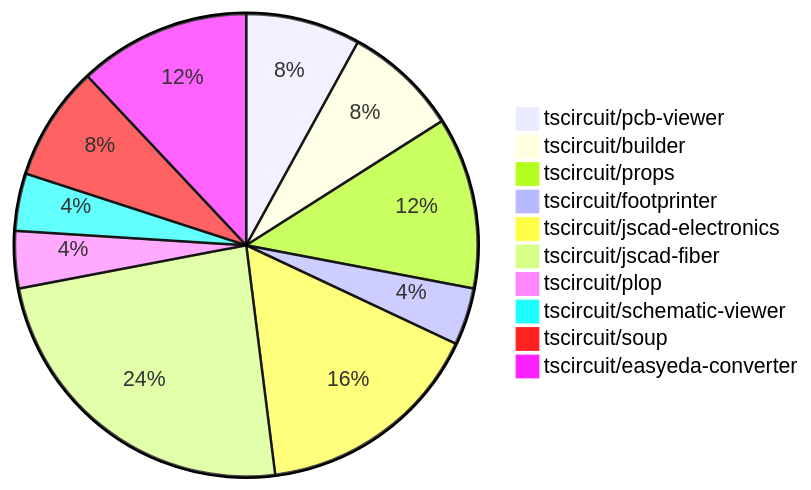
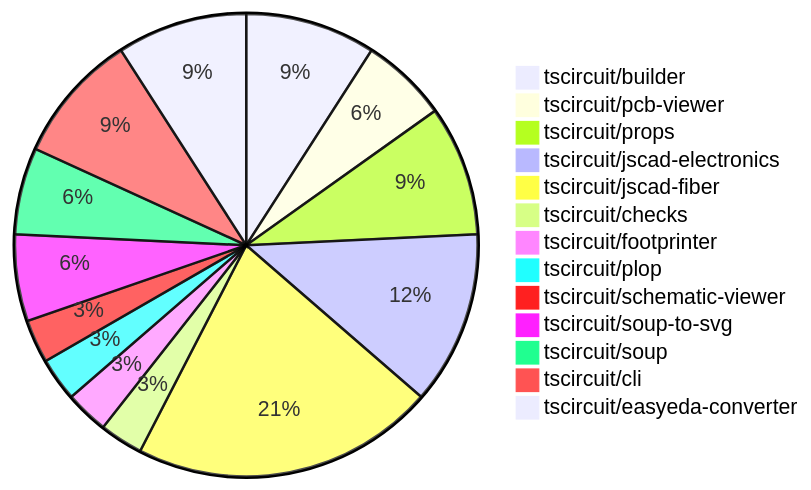
One commit to tscircuit/contribution-tracker changed the diagram in README.md. Above: the diagram before and after it, drawn with Mermaid. The commit also changed other lines of this file and 1 other file, not shown here.

````diff
--- a/README.md
+++ b/README.md
@@ -24,13 +24,16 @@
 ```mermaid
 pie
+    "tscircuit/builder" : 3
     "tscircuit/pcb-viewer" : 2
-    "tscircuit/builder" : 2
     "tscircuit/props" : 3
+    "tscircuit/jscad-electronics" : 4
+    "tscircuit/jscad-fiber" : 7
+    "tscircuit/checks" : 1
     "tscircuit/footprinter" : 1
-    "tscircuit/jscad-electronics" : 4
-    "tscircuit/jscad-fiber" : 6
     "tscircuit/plop" : 1
     "tscircuit/schematic-viewer" : 1
+    "tscircuit/soup-to-svg" : 2
     "tscircuit/soup" : 2
+    "tscircuit/cli" : 3
     "tscircuit/easyeda-converter" : 3
 ```
````
